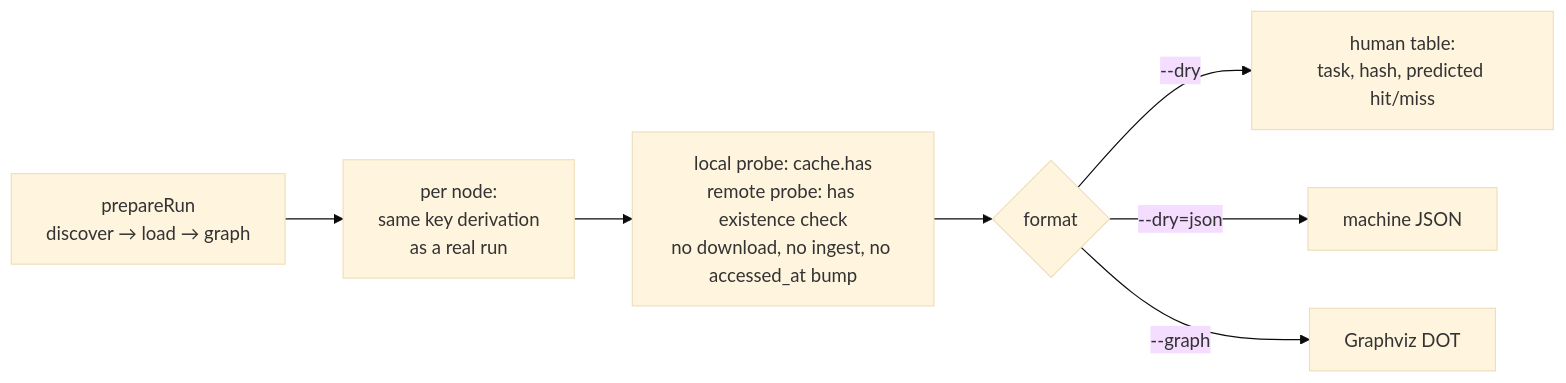
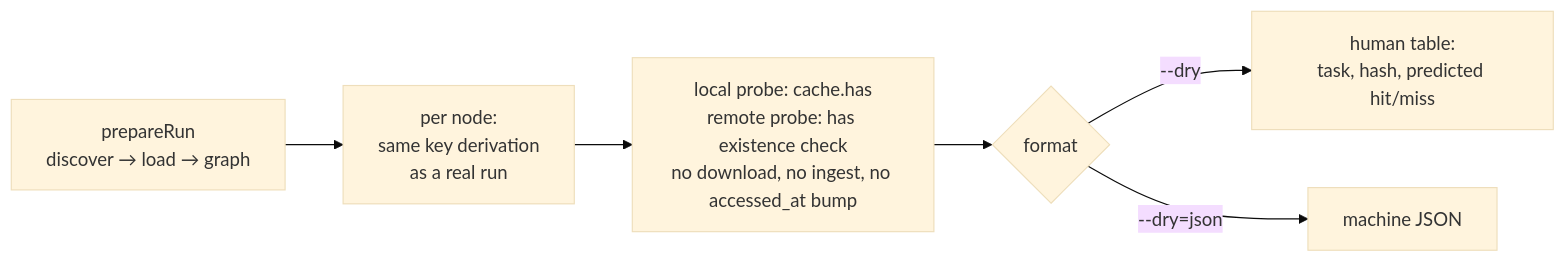
One commit to vznjs/vx changed the tenth of 10 diagrams in packages/vx/docs/flows.md. Above: the diagram before and after it, drawn with Mermaid (base theme). The commit also changed other lines of this file and 58 other files, not shown here.

First line of the commit message:
refactor(cli)!: remove vx run --graph

````diff
--- a/packages/vx/docs/flows.md
+++ b/packages/vx/docs/flows.md
@@ -306,9 +306,8 @@
 ```mermaid
 flowchart LR
     A[prepareRun<br/>discover → load → graph] --> B[per node:<br/>same key derivation<br/>as a real run]
     B --> C[local probe: cache.has<br/>remote probe: has existence check<br/>no download, no ingest, no accessed_at bump]
     C --> D{format}
     D -->|--dry| E[human table:<br/>task, hash, predicted hit/miss]
     D -->|--dry=json| F[machine JSON]
-    D -->|--graph| G[Graphviz DOT]
 ```
````
